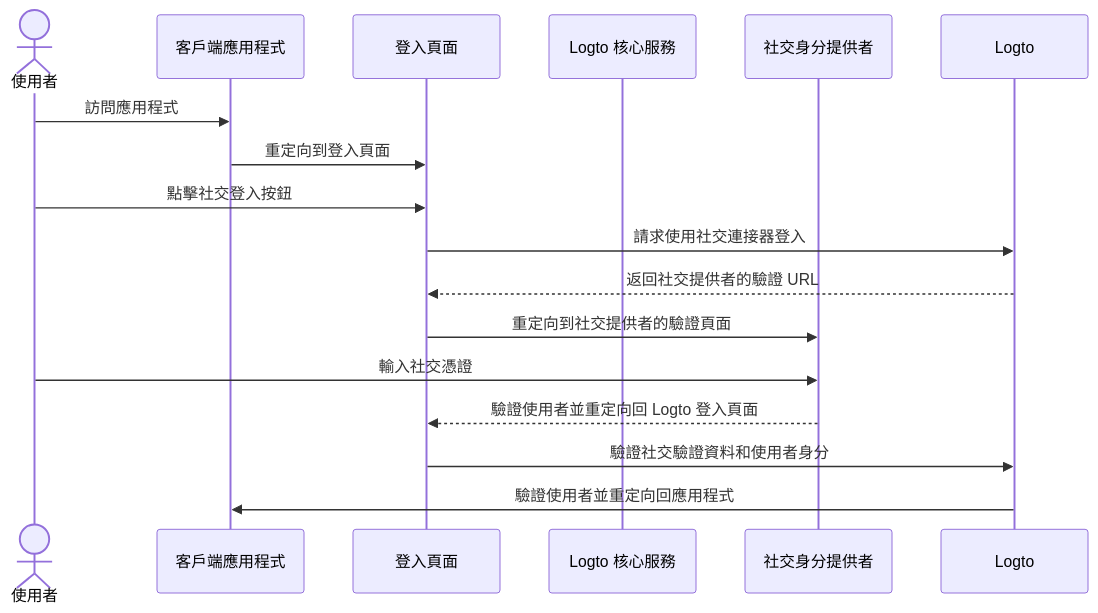
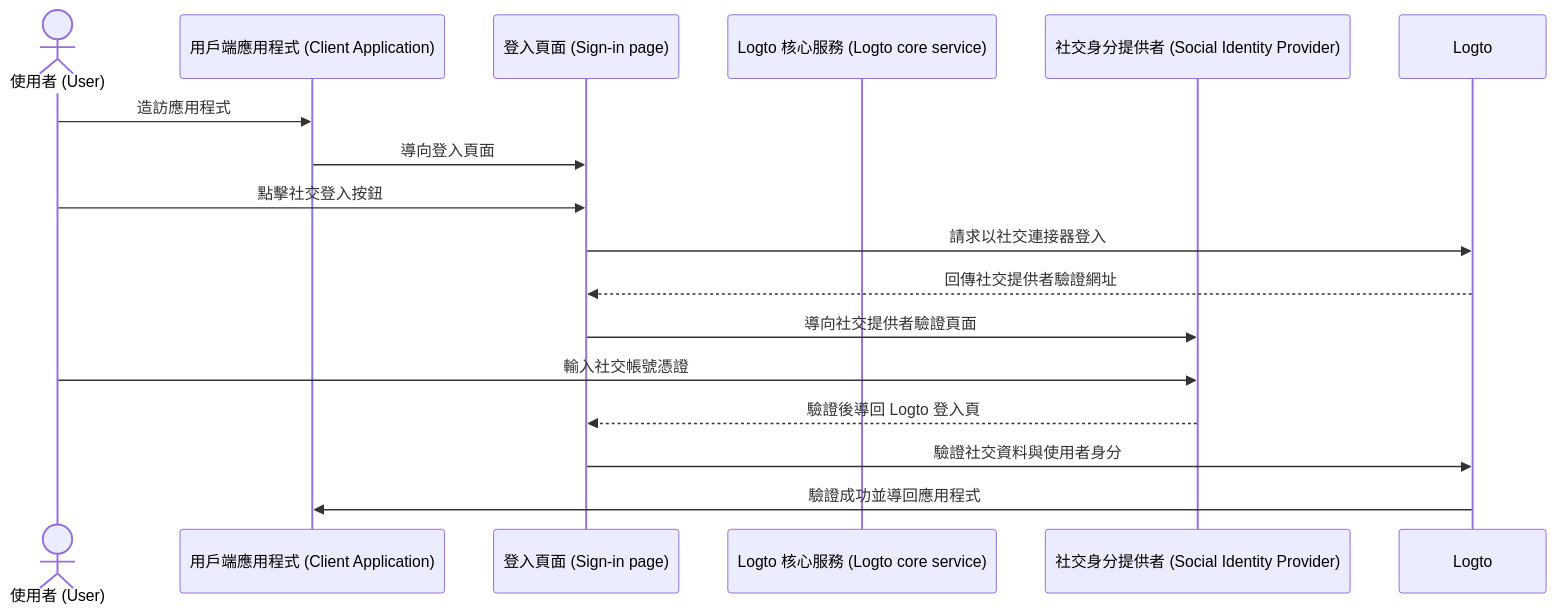
Before and after one commit to logto-io/docs: the first of 6 diagrams in i18n/zh-TW/docusaurus-plugin-content-docs/current/end-user-flows/sign-up-and-sign-in/social-sign-in.mdx, drawn with Mermaid. The commit also changed other lines of this file and 59 other files, not shown here.

````diff
--- a/i18n/zh-TW/docusaurus-plugin-content-docs/current/end-user-flows/sign-up-and-sign-in/social-sign-in.mdx
+++ b/i18n/zh-TW/docusaurus-plugin-content-docs/current/end-user-flows/sign-up-and-sign-in/social-sign-in.mdx
@@ -36,19 +36,19 @@
 ```mermaid
 sequenceDiagram
-    actor user as 使用者
-    participant app as 客戶端應用程式
-    participant experience as 登入頁面
-    participant logto as Logto 核心服務
-    participant social as 社交身分提供者
+    actor user as 使用者 (User)
+    participant app as 用戶端應用程式 (Client Application)
+    participant experience as 登入頁面 (Sign-in page)
+    participant logto as Logto 核心服務 (Logto core service)
+    participant social as 社交身分提供者 (Social Identity Provider)
 
-    user->>app: 訪問應用程式
-    app->>experience: 重定向到登入頁面
+    user->>app: 造訪應用程式
+    app->>experience: 導向登入頁面
     user->>experience: 點擊社交登入按鈕
-    experience->>Logto: 請求使用社交連接器登入
-    Logto-->>experience: 返回社交提供者的驗證 URL
-    experience->>social: 重定向到社交提供者的驗證頁面
-    user->>social: 輸入社交憑證
-    social-->>experience: 驗證使用者並重定向回 Logto 登入頁面
-    experience->>Logto: 驗證社交驗證資料和使用者身分
-    Logto->>app: 驗證使用者並重定向回應用程式
+    experience->>Logto: 請求以社交連接器登入
+    Logto-->>experience: 回傳社交提供者驗證網址
+    experience->>social: 導向社交提供者驗證頁面
+    user->>social: 輸入社交帳號憑證
+    social-->>experience: 驗證後導回 Logto 登入頁
+    experience->>Logto: 驗證社交資料與使用者身分
+    Logto->>app: 驗證成功並導回應用程式
 ```
````
